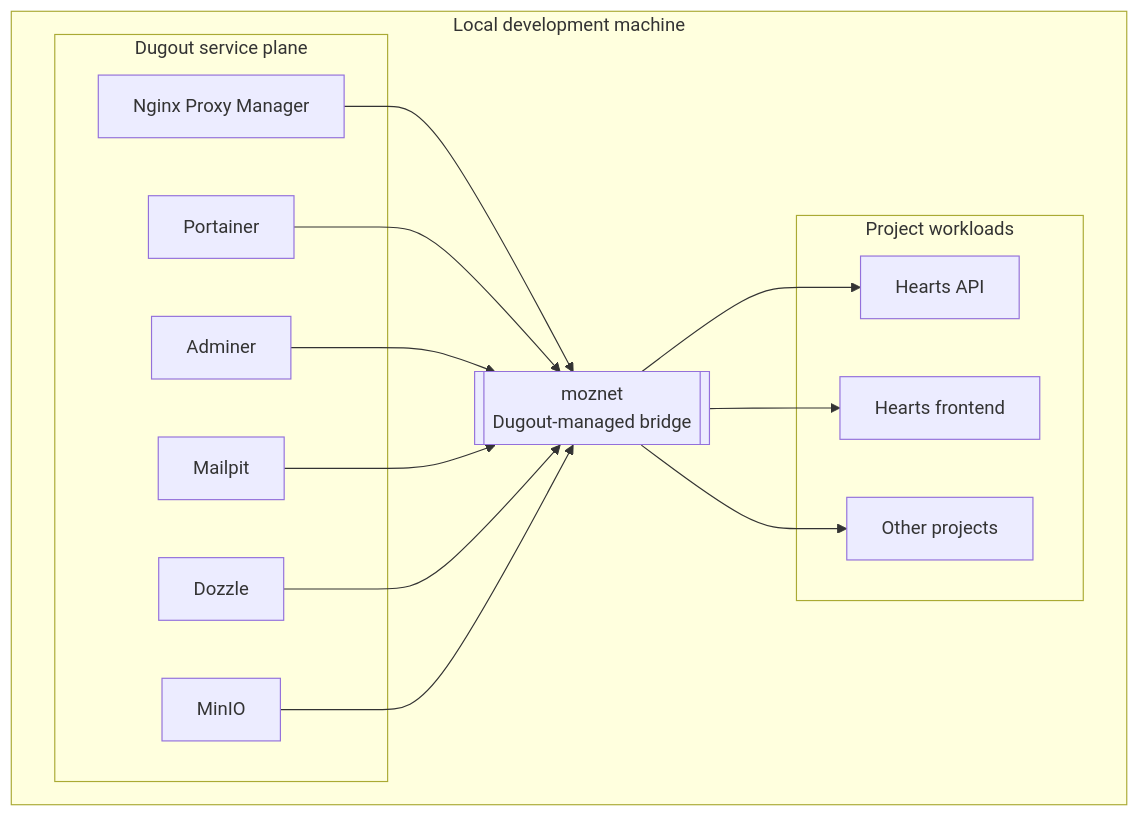
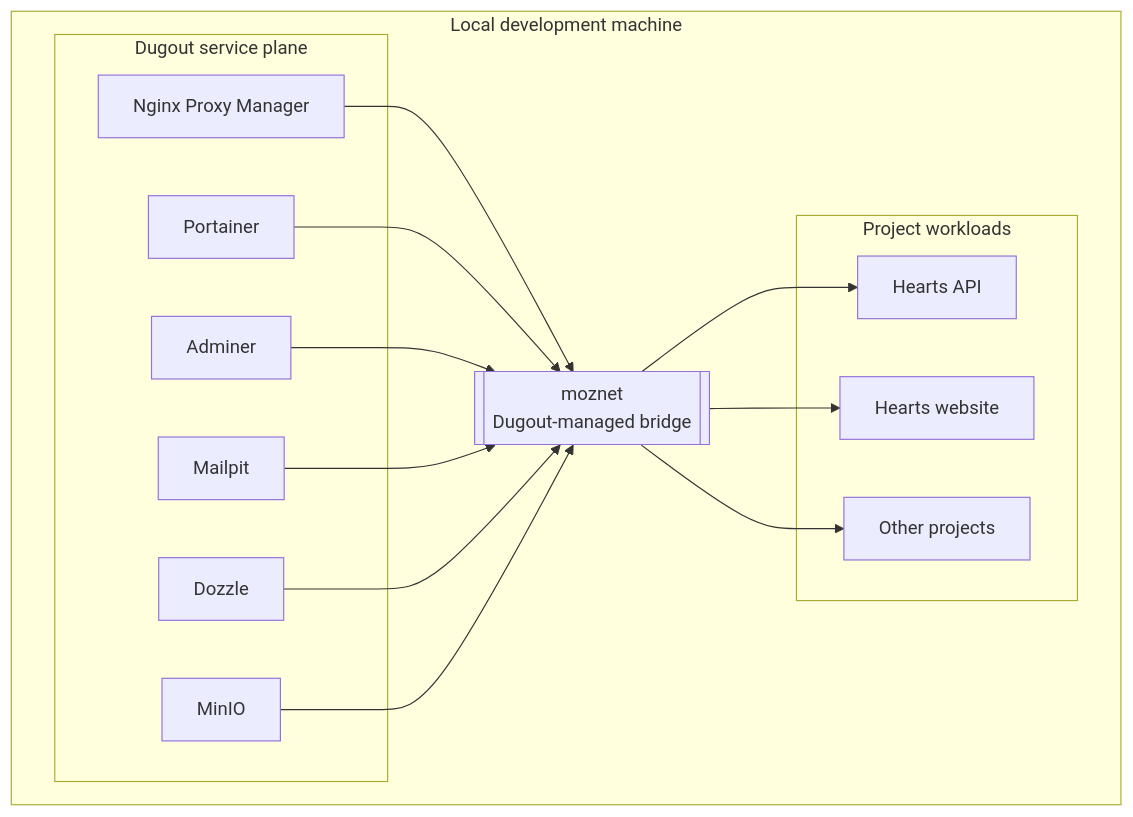
One commit to moztopia/dugout changed the first of 3 diagrams in docs/01-platform-architecture.md. Above: the diagram before and after it, drawn with Mermaid. The commit also changed 3 other files, not shown here.

First line of the commit message:
docs(workspace): update frontend references to website

````diff
--- a/docs/01-platform-architecture.md
+++ b/docs/01-platform-architecture.md
@@ -32,31 +32,31 @@
 ```mermaid
 flowchart TB
     subgraph machine["Local development machine"]
         subgraph dugout["Dugout service plane"]
             proxy["Nginx Proxy Manager"]
             portainer["Portainer"]
             adminer["Adminer"]
             mailpit["Mailpit"]
             dozzle["Dozzle"]
             minio["MinIO"]
         end
 
         moznet[["moznet<br/>Dugout-managed bridge"]]
 
         subgraph projects["Project workloads"]
             heartsApi["Hearts API"]
-            heartsFrontend["Hearts frontend"]
+            heartsWebsite["Hearts website"]
             others["Other projects"]
         end
 
         proxy --> moznet
         portainer --> moznet
         adminer --> moznet
         mailpit --> moznet
         dozzle --> moznet
         minio --> moznet
         moznet --> heartsApi
-        moznet --> heartsFrontend
+        moznet --> heartsWebsite
         moznet --> others
     end
 ```
````
